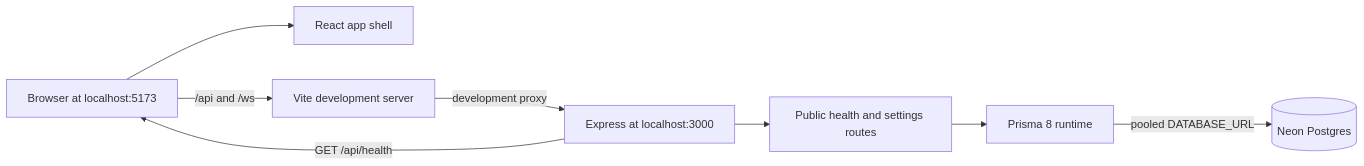
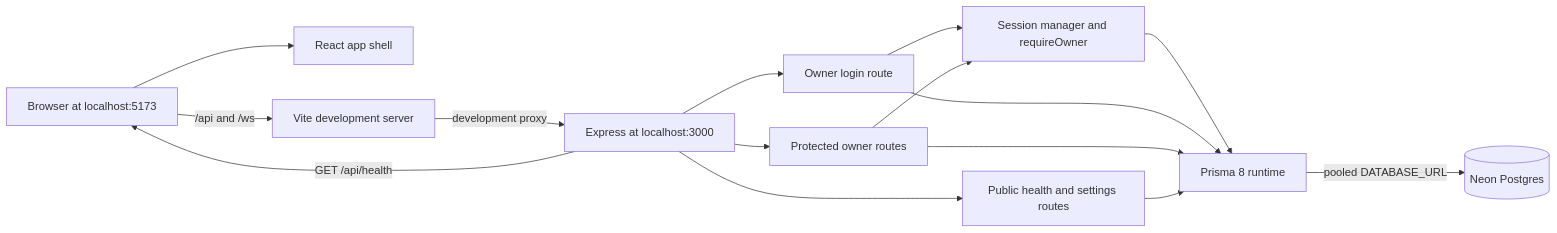
Before and after one commit to Yash1927/AstroWeb-App: the first of 2 diagrams in docs/ARCHITECTURE.md, drawn with Mermaid. The commit also changed other lines of this file and 39 other files, not shown here.

````diff
--- a/docs/ARCHITECTURE.md
+++ b/docs/ARCHITECTURE.md
@@ -20,18 +20,28 @@
 ```mermaid
 flowchart LR
     Browser[Browser at localhost:5173]
     React[React app shell]
     Vite[Vite development server]
     Express[Express at localhost:3000]
     Public[Public health and settings routes]
+    OwnerAuth[Owner login route]
+    Owner[Protected owner routes]
+    Session[Session manager and requireOwner]
     Prisma[Prisma 8 runtime]
     Neon[(Neon Postgres)]
 
     Browser --> React
     Browser -->|/api and /ws| Vite
     Vite -->|development proxy| Express
     Express -->|GET /api/health| Browser
     Express --> Public
+    Express --> OwnerAuth
+    Express --> Owner
+    OwnerAuth --> Session
+    Owner --> Session
+    Session --> Prisma
+    OwnerAuth --> Prisma
+    Owner --> Prisma
     Public --> Prisma
     Prisma -->|pooled DATABASE_URL| Neon
 ```
````
